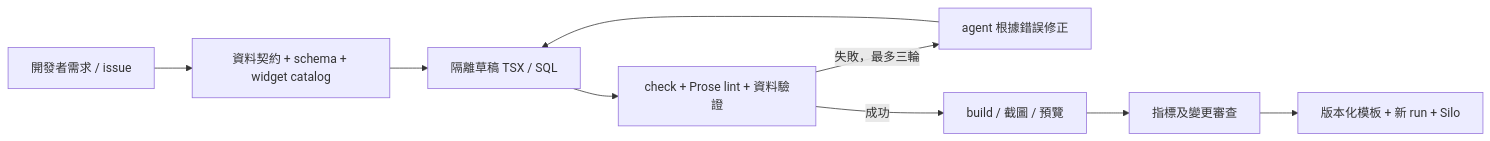
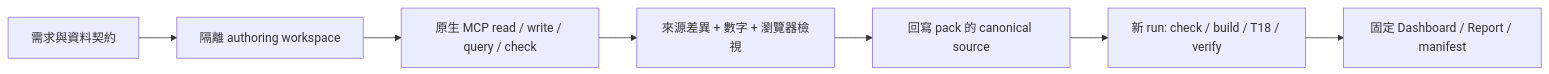
The diagram in docs/agent-studio-roadmap.md (clarencechien/odsh), drawn with Mermaid before and after one commit. The commit also changed other lines of this file and 29 other files, not shown here.

````diff
--- a/docs/agent-studio-roadmap.md
+++ b/docs/agent-studio-roadmap.md
@@ -32,11 +23,9 @@
 ```mermaid
 flowchart LR
-  Request[開發者需求 / issue] --> Context[資料契約 + schema + widget catalog]
-  Context --> Draft[隔離草稿 TSX / SQL]
-  Draft --> Check[check + Prose lint + 資料驗證]
-  Check -->|失敗，最多三輪| Repair[agent 根據錯誤修正]
-  Repair --> Draft
-  Check -->|成功| Preview[build / 截圖 / 預覽]
-  Preview --> Review[指標及變更審查]
-  Review --> Release[版本化模板 + 新 run + Silo]
+  Request[需求與資料契約] --> Draft[隔離 authoring workspace]
+  Draft --> MCP[原生 MCP read / write / query / check]
+  MCP --> Review[來源差異 + 數字 + 瀏覽器檢視]
+  Review --> Pack[回寫 pack 的 canonical source]
+  Pack --> Run[新 run: check / build / T18 / verify]
+  Run --> Publish[固定 Dashboard / Report / manifest]
 ```
````
